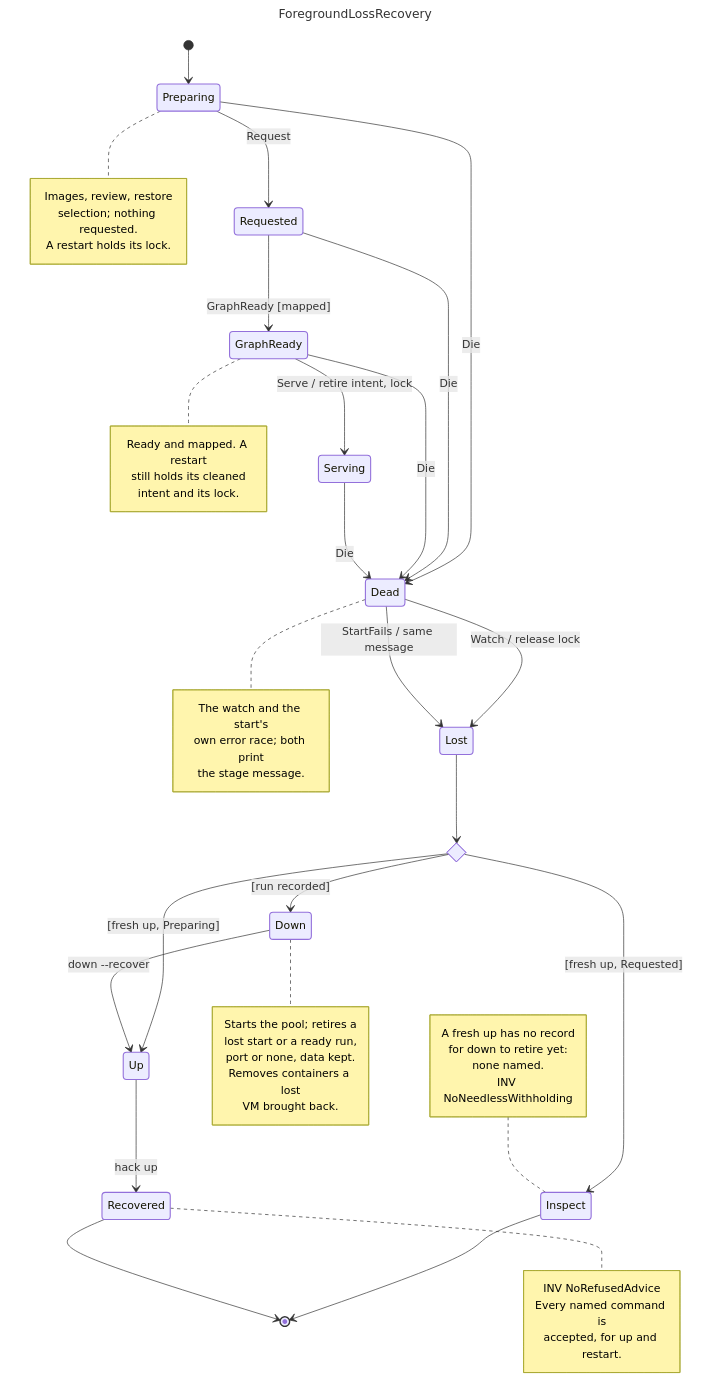
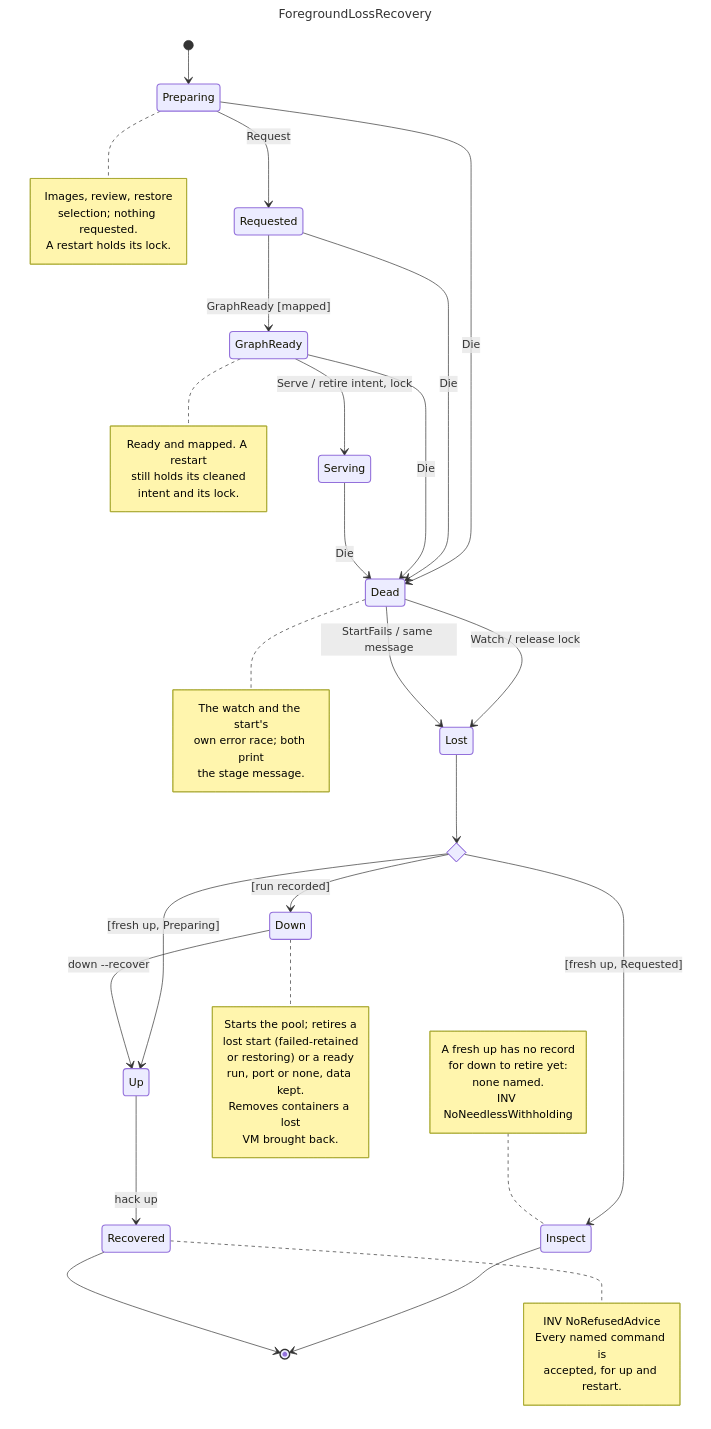
Before and after one commit to hack-dance/hack: the diagram in docs/diagrams/foreground-loss-recovery.mmd, drawn with Mermaid. The commit also changed 29 other files, not shown here.

First line of the commit message:
fix(native): address #1273 review: restoring lost starts, bounded storage barrier

```diff
--- a/docs/diagrams/foreground-loss-recovery.mmd
+++ b/docs/diagrams/foreground-loss-recovery.mmd
@@ -1,70 +1,71 @@
 ---
 title: ForegroundLossRecovery
 ---
 stateDiagram-v2
   direction TB
   [*] --> Preparing
   Preparing --> Requested : Request
   Requested --> GraphReady : GraphReady [mapped]
   GraphReady --> Serving : Serve / retire intent, lock
   Preparing --> Dead : Die
   Requested --> Dead : Die
   GraphReady --> Dead : Die
   Serving --> Dead : Die
   Dead --> Lost : Watch / release lock
   Dead --> Lost : StartFails / same message
   state advice <<choice>>
   Lost --> advice
   advice --> Inspect : [fresh up, Requested]
   advice --> Down : [run recorded]
   advice --> Up : [fresh up, Preparing]
   Down --> Up : down --recover
   Up --> Recovered : hack up
   Inspect --> [*]
   Recovered --> [*]
 
   note right of Preparing
     Images, review, restore
     selection; nothing requested.
     A restart holds its lock.
   end note
   note right of GraphReady
     Ready and mapped. A restart
     still holds its cleaned
     intent and its lock.
   end note
   note right of Dead
     The watch and the start's
     own error race; both print
     the stage message.
   end note
   note left of Inspect
     A fresh up has no record
     for down to retire yet:
     none named.
     INV NoNeedlessWithholding
   end note
   note right of Down
     Starts the pool; retires a
-    lost start or a ready run,
-    port or none, data kept.
+    lost start (failed-retained
+    or restoring) or a ready
+    run, port or none, data kept.
     Removes containers a lost
     VM brought back.
   end note
   note right of Recovered
     INV NoRefusedAdvice
     Every named command is
     accepted, for up and restart.
   end note
 
   classDef live stroke-width:1.6px
   classDef wait stroke-width:1.6px
   classDef ok stroke-width:1.6px
   classDef fail stroke-width:1.6px
   classDef idle stroke-width:1.6px
   class Preparing,Requested,GraphReady wait
   class Serving live
   class Dead,Lost fail
   class Down,Up wait
   class Recovered ok
   class Inspect idle
```
